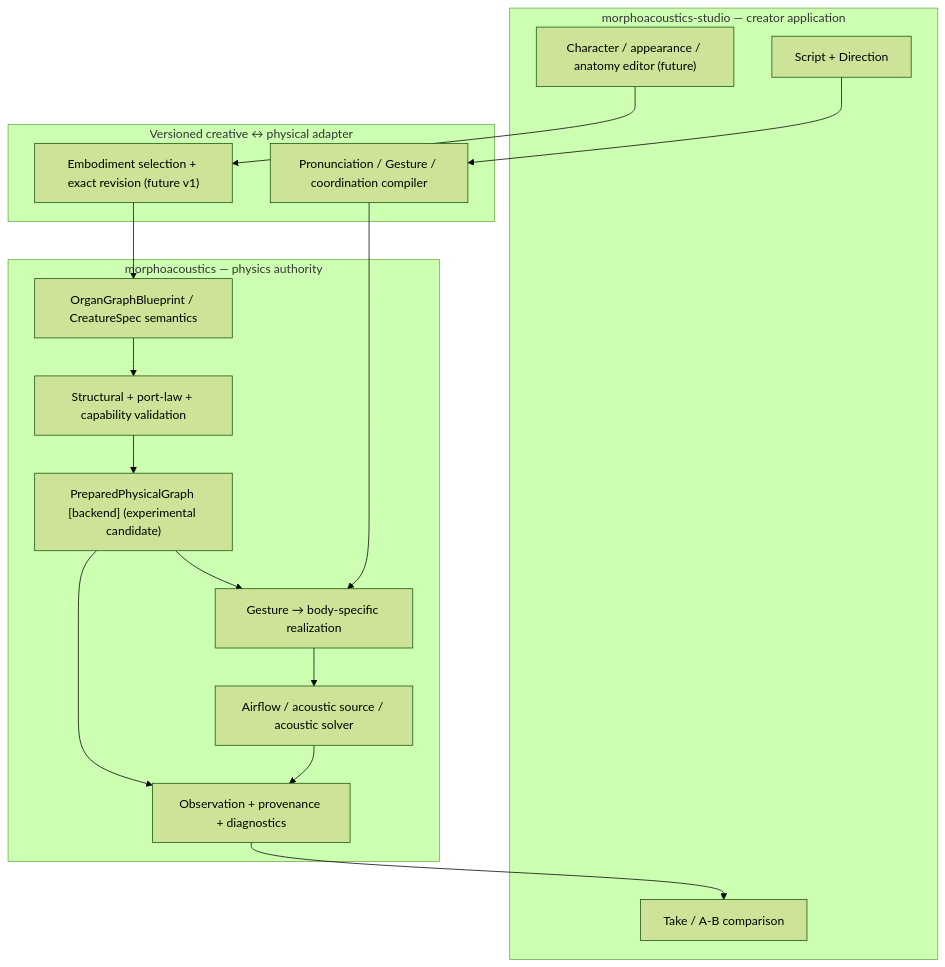
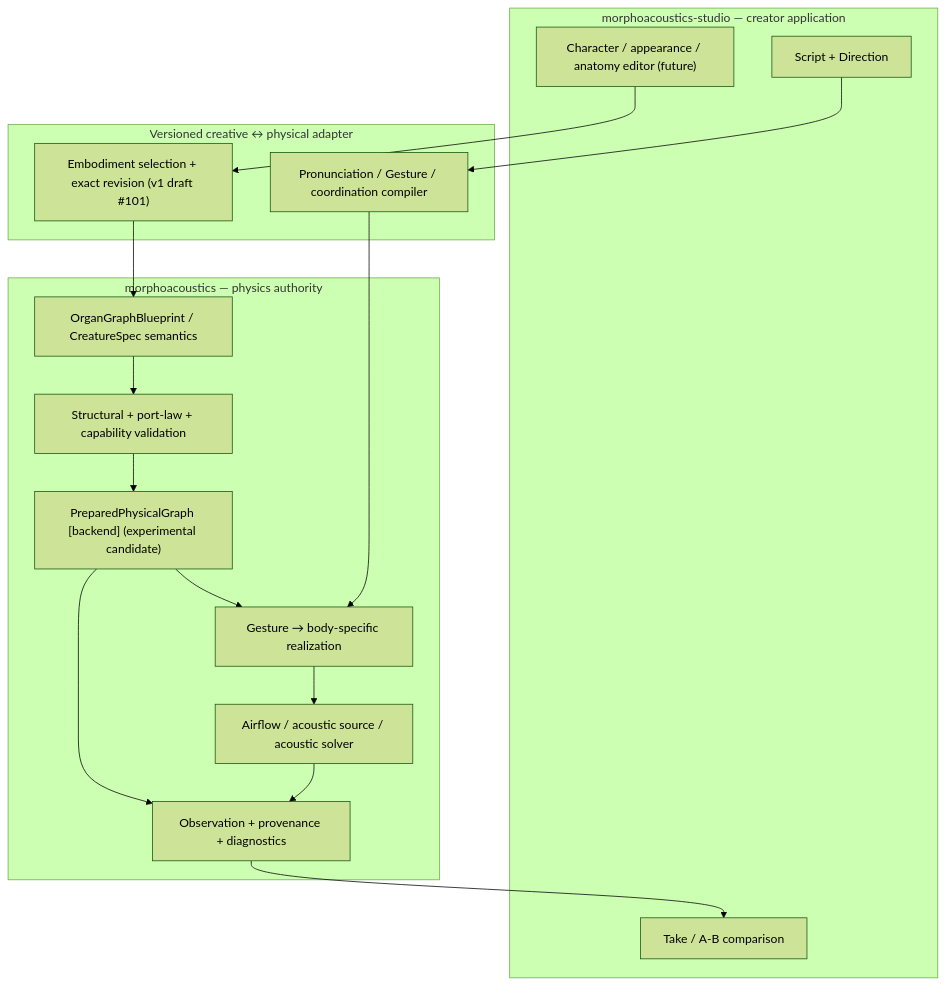
One commit to ryonakayama234/morphoacoustics changed the first of 2 diagrams in docs/research/organ-graph-program.md. Above: the diagram before and after it, drawn with Mermaid (forest theme). The commit also changed other lines of this file and 3 other files, not shown here.

Commit message:
docs: sync organ graph architecture, schema, ledger and work plan with OG-2 adoption + CC-A1 draft

````diff
--- a/docs/research/organ-graph-program.md
+++ b/docs/research/organ-graph-program.md
@@ -9,23 +9,23 @@
 ```mermaid
 flowchart TD
   subgraph Studio["morphoacoustics-studio — creator application"]
     UI["Character / appearance / anatomy editor (future)"]
     S["Script + Direction"]
     T["Take / A-B comparison"]
   end
   subgraph Adapter["Versioned creative ↔ physical adapter"]
-    Req["Embodiment selection + exact revision (future v1)"]
+    Req["Embodiment selection + exact revision (v1 draft #101)"]
     Prog["Pronunciation / Gesture / coordination compiler"]
   end
   subgraph Core["morphoacoustics — physics authority"]
     B["OrganGraphBlueprint / CreatureSpec semantics"]
     Val["Structural + port-law + capability validation"]
     Prep["PreparedPhysicalGraph [backend] (experimental candidate)"]
     R["Gesture → body-specific realization"]
     A["Airflow / acoustic source / acoustic solver"]
     Obs["Observation + provenance + diagnostics"]
   end
   UI --> Req --> B --> Val --> Prep --> R --> A --> Obs --> T
   S --> Prog --> R
   Prep --> Obs
 ```
````
